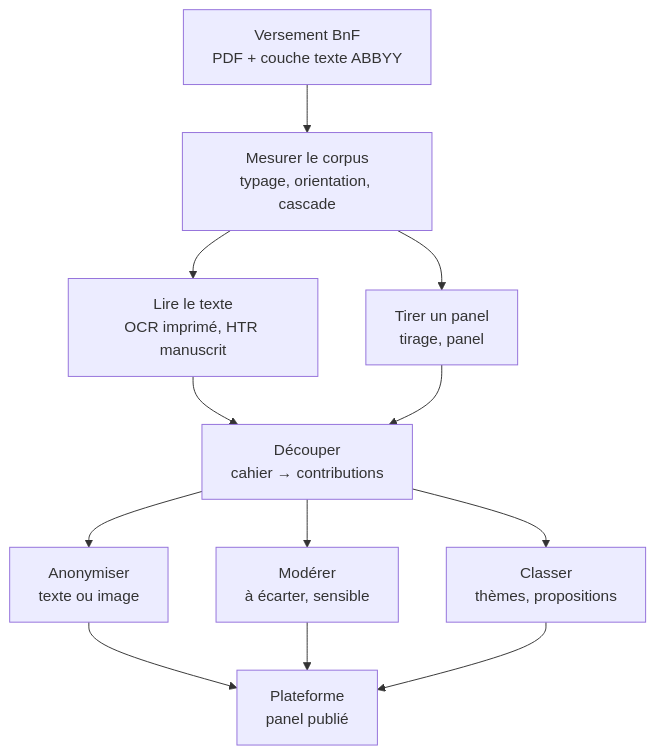
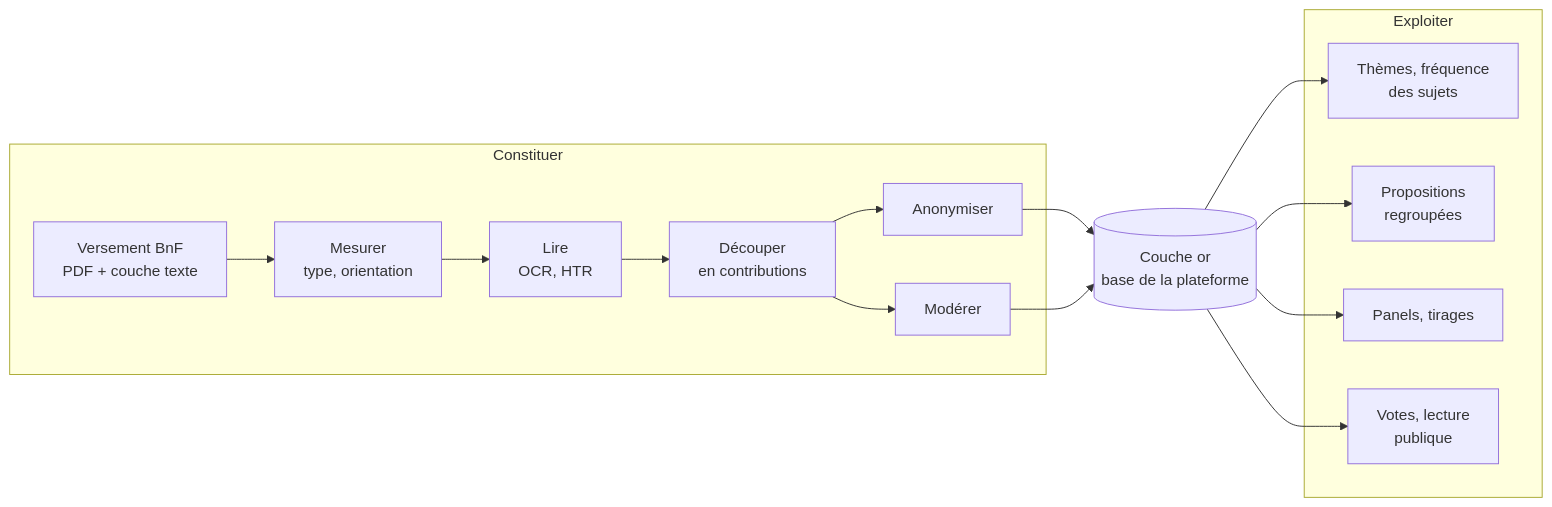
One commit to dataforgoodfr/15-Les-cahiers-pour-decider-et-agir changed the diagram in docs/chaine.md. Above: the diagram before and after it, drawn with Mermaid. The commit also changed other lines of this file and 1 other file, not shown here.

First line of the commit message:
docs(chaine): deux parties, constituer la couche « or » et l'exploiter

````diff
--- a/docs/chaine.md
+++ b/docs/chaine.md
@@ -7,14 +18,22 @@
 ```mermaid
-flowchart TD
-    V[Versement BnF<br>PDF + couche texte ABBYY] --> M[Mesurer le corpus<br>typage, orientation, cascade]
-    M --> L[Lire le texte<br>OCR imprimé, HTR manuscrit]
-    L --> D[Découper<br>cahier → contributions]
-    D --> A[Anonymiser<br>texte ou image]
-    D --> Mo[Modérer<br>à écarter, sensible]
-    A --> P[Plateforme<br>panel publié]
-    Mo --> P
-    D --> T[Classer<br>thèmes, propositions]
-    T --> P
-    M --> S[Tirer un panel<br>tirage, panel]
-    S --> D
+flowchart LR
+    subgraph C[Constituer]
+        V[Versement BnF<br>PDF + couche texte] --> M[Mesurer<br>type, orientation]
+        M --> L[Lire<br>OCR, HTR]
+        L --> D[Découper<br>en contributions]
+        D --> A[Anonymiser]
+        D --> Mo[Modérer]
+    end
+    A --> O[(Couche or<br>base de la plateforme)]
+    Mo --> O
+    subgraph E[Exploiter]
+        T[Thèmes, fréquence<br>des sujets]
+        P[Propositions<br>regroupées]
+        S[Panels, tirages]
+        Vo[Votes, lecture<br>publique]
+    end
+    O --> T
+    O --> P
+    O --> S
+    O --> Vo
 ```
````
